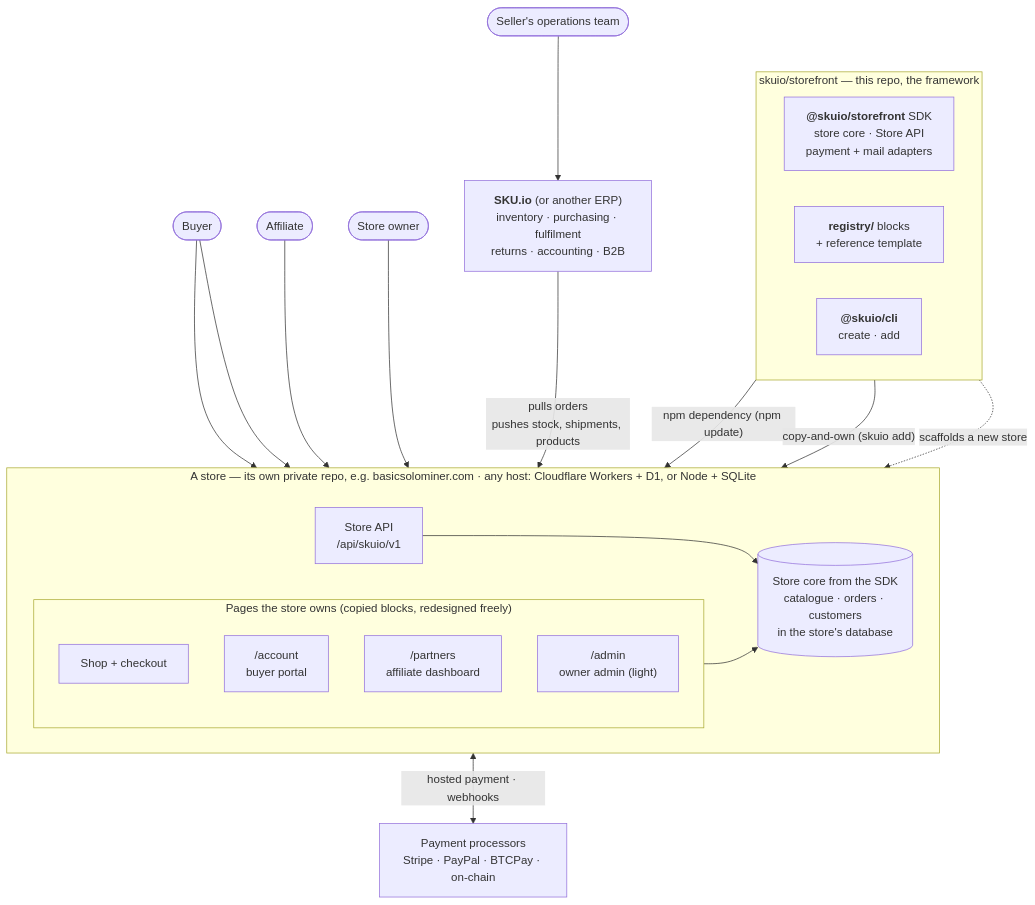
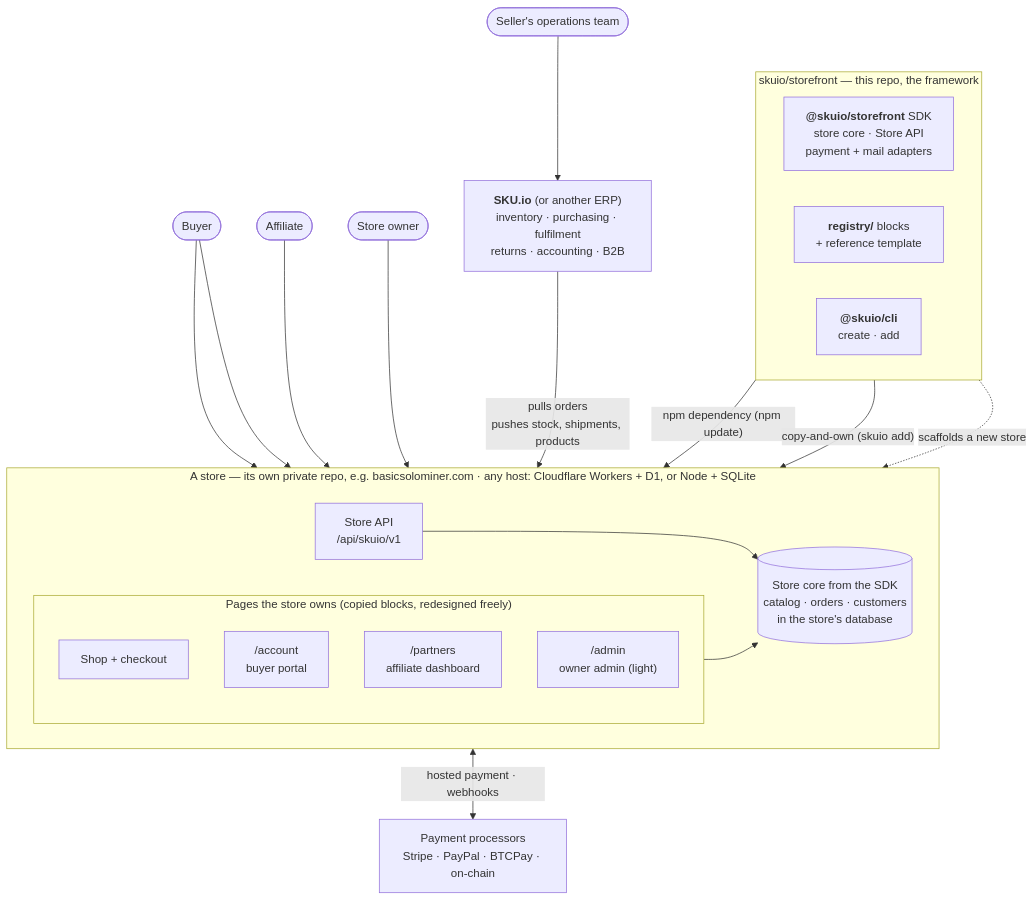
The diagram in README.md (skuio/storefront), drawn with Mermaid before and after one commit. The commit also changed other lines of this file and 42 other files, not shown here.

First line of the commit message:
docs: US spelling throughout — catalog, not catalogue (#9)

````diff
--- a/README.md
+++ b/README.md
@@ -50,40 +50,40 @@
 ```mermaid
 flowchart TB
   subgraph KIT["skuio/storefront — this repo, the framework"]
     direction LR
     SDK["<b>@skuio/storefront</b> SDK<br/>store core · Store API<br/>payment + mail adapters"]
     REG["<b>registry/</b> blocks<br/>+ reference template"]
     CLI["<b>@skuio/cli</b><br/>create · add"]
   end
 
   subgraph SITE["A store — its own private repo, e.g. basicsolominer.com · any host: Cloudflare Workers + D1, or Node + SQLite"]
     direction LR
     subgraph FACES["Pages the store owns (copied blocks, redesigned freely)"]
       direction TB
       SHOP["Shop + checkout"]
       BUY["/account<br/>buyer portal"]
       PART["/partners<br/>affiliate dashboard"]
       OWN["/admin<br/>owner admin (light)"]
     end
-    CORE[("Store core from the SDK<br/>catalogue · orders · customers<br/>in the store's database")]
+    CORE[("Store core from the SDK<br/>catalog · orders · customers<br/>in the store's database")]
     API["Store API<br/>/api/skuio/v1"]
     FACES --> CORE
     API --> CORE
   end
 
   REG -- "copy-and-own (skuio add)" --> FACES
   SDK -- "npm dependency (npm update)" --> CORE
   CLI -. "scaffolds a new store" .-> SITE
 
   BUYER(["Buyer"]) --> SHOP
   BUYER --> BUY
   AFF(["Affiliate"]) --> PART
   OWNER(["Store owner"]) --> OWN
 
   PAY["Payment processors<br/>Stripe · PayPal · BTCPay · on-chain"]
   CORE <-- "hosted payment · webhooks" --> PAY
 
   ERP["<b>SKU.io</b> (or another ERP)<br/>inventory · purchasing · fulfilment<br/>returns · accounting · B2B"]
   ERP -- "pulls orders<br/>pushes stock, shipments, products" --> API
   TEAM(["Seller's operations team"]) --> ERP
 ```
````
